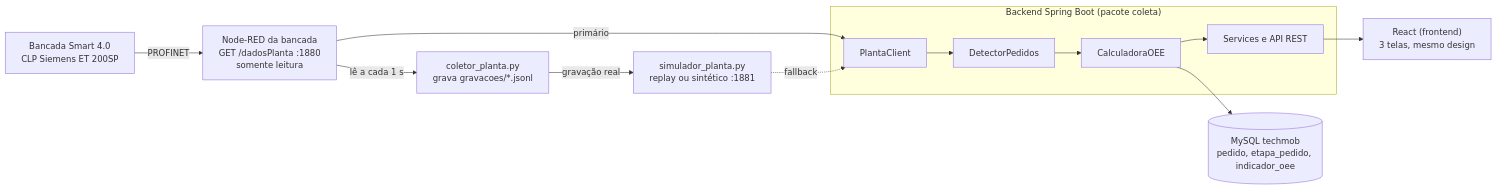
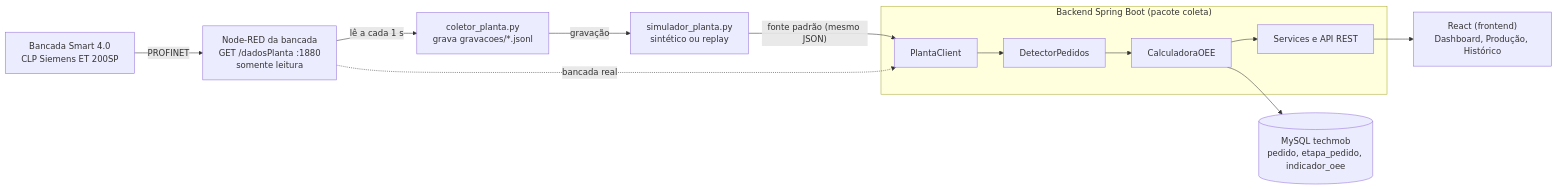
Before and after one commit to lucaspatracao/toyota-techmob: the diagram in docs/PLANO_ALINHAMENTO.md, drawn with Mermaid. The commit also changed other lines of this file, not shown here.

````diff
--- a/docs/PLANO_ALINHAMENTO.md
+++ b/docs/PLANO_ALINHAMENTO.md
@@ -38,13 +38,13 @@
 ```mermaid
 flowchart LR
     B["Bancada Smart 4.0<br/>CLP Siemens ET 200SP"] -- PROFINET --> N["Node-RED da bancada<br/>GET /dadosPlanta :1880<br/>somente leitura"]
     N -- "lê a cada 1 s" --> C["coletor_planta.py<br/>grava gravacoes/*.jsonl"]
-    C -- "gravação real" --> S["simulador_planta.py<br/>replay ou sintético :1881"]
-    N -- primário --> P
-    S -. fallback .-> P
+    C -- "gravação" --> S["simulador_planta.py<br/>sintético ou replay"]
+    S -- "fonte padrão (mesmo JSON)" --> P
+    N -. "bancada real" .-> P
     subgraph BE["Backend Spring Boot (pacote coleta)"]
         P["PlantaClient"] --> D["DetectorPedidos"] --> O["CalculadoraOEE"] --> A["Services e API REST"]
     end
     O --> M[("MySQL techmob<br/>pedido, etapa_pedido, indicador_oee")]
-    A --> R["React (frontend)<br/>3 telas, mesmo design"]
+    A --> R["React (frontend)<br/>Dashboard, Produção, Histórico"]
 ```
````
